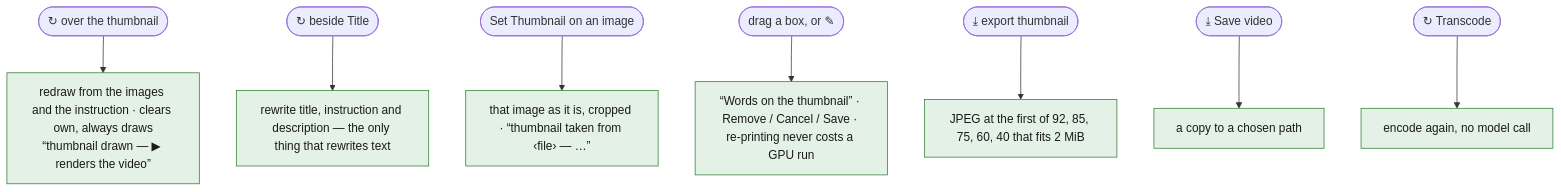
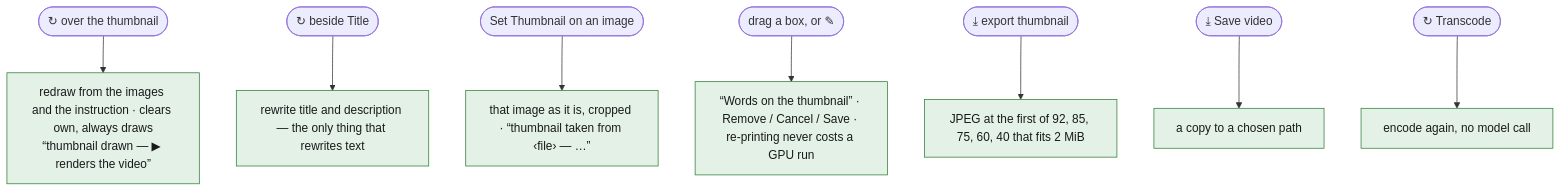
One commit to tbocek/naivepost changed the sixth of 6 diagrams in spec/08-produce.md. Above: the diagram before and after it, drawn with Mermaid. The commit also changed other lines of this file and 15 other files, not shown here.

````diff
--- a/spec/08-produce.md
+++ b/spec/08-produce.md
@@ -171,13 +171,13 @@
 ```mermaid
 flowchart TD
   T(["↻ over the thumbnail"]) --> TD["redraw from the images and the instruction · clears own, always draws<br/>“thumbnail drawn — ▶ renders the video”"]:::done
-  TI(["↻ beside Title"]) --> TX["rewrite title, instruction and description — the only thing that rewrites text"]:::done
+  TI(["↻ beside Title"]) --> TX["rewrite title and description — the only thing that rewrites text"]:::done
   ST(["Set Thumbnail on an image"]) --> SS["that image as it is, cropped · “thumbnail taken from ‹file› — …”"]:::done
   W(["drag a box, or ✎"]) --> WD["“Words on the thumbnail” · Remove / Cancel / Save · re-printing never costs a GPU run"]:::done
   E(["⤓ export thumbnail"]) --> EJ["JPEG at the first of 92, 85, 75, 60, 40 that fits 2 MiB"]:::done
   V(["⤓ Save video"]) --> VC["a copy to a chosen path"]:::done
   R(["↻ Transcode"]) --> RE["encode again, no model call"]:::done
   classDef refuse fill:#fde2e1,stroke:#c01c28,color:#1a1a1a
   classDef done fill:#e3f1e6,stroke:#2e7d32,color:#1a1a1a
   classDef ask fill:#e8eefc,stroke:#3a63c8,color:#1a1a1a
 ```
````
